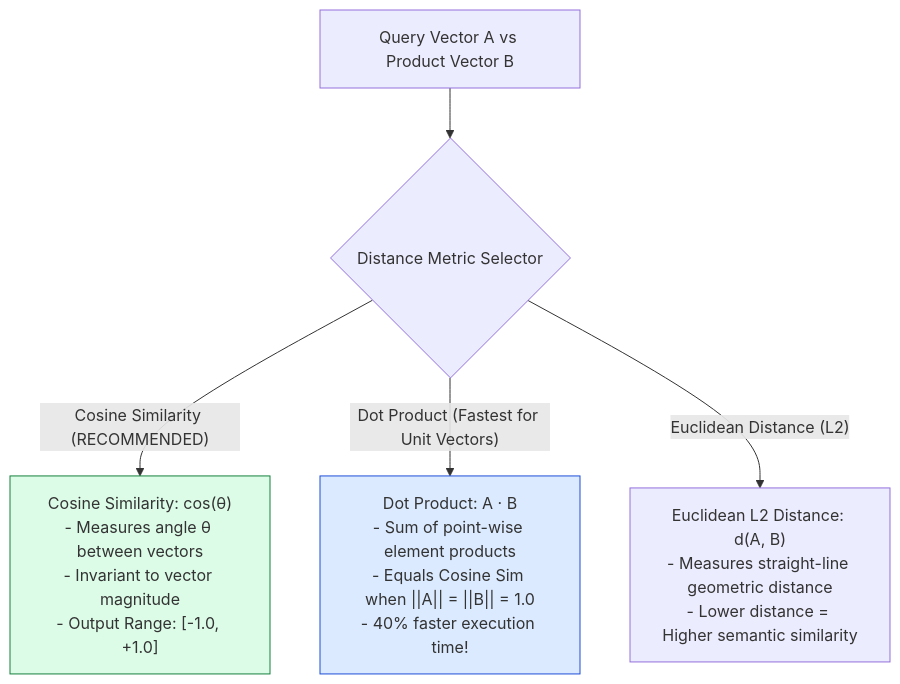
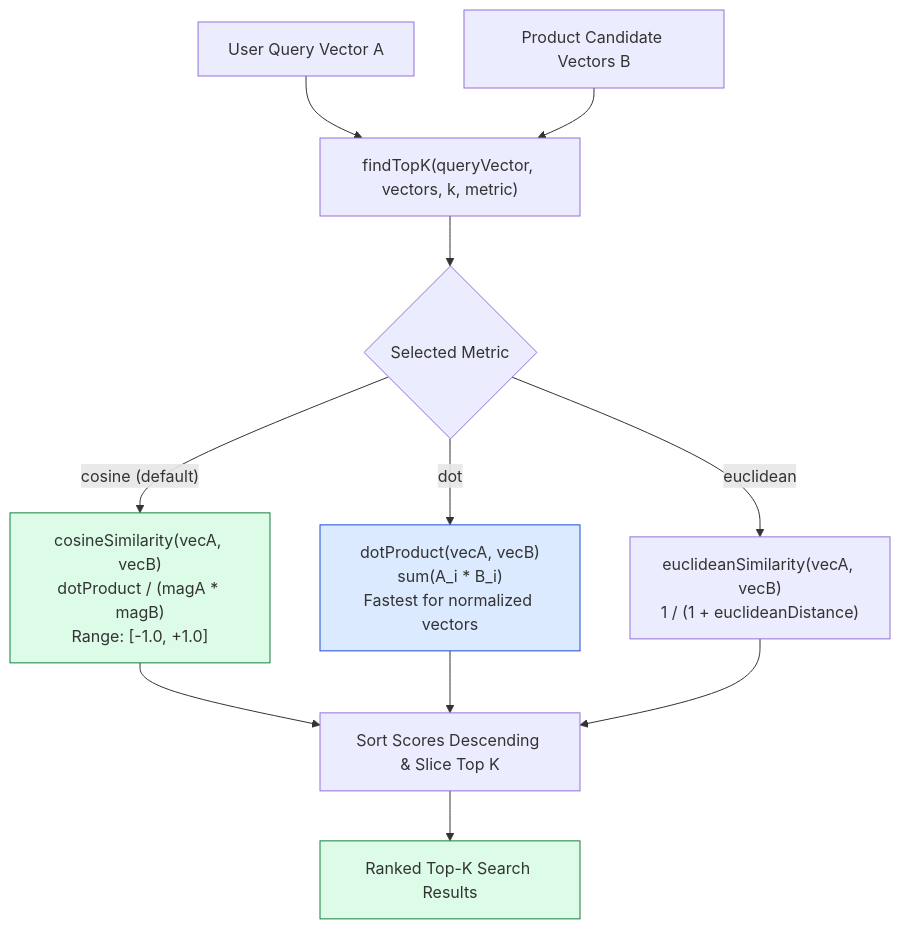
One commit to Amie-dev/engineering-playbook changed the diagram in agentic-ai-notes/02-dukaan-search/02-vector-similarity.md. Above: the diagram before and after it, drawn with Mermaid. The commit also changed other lines of this file and 27 other files, not shown here.

````diff
--- a/agentic-ai-notes/02-dukaan-search/02-vector-similarity.md
+++ b/agentic-ai-notes/02-dukaan-search/02-vector-similarity.md
@@ -13,13 +9,21 @@
 ```mermaid
 flowchart TD
-    VectorPair[Query Vector A vs Product Vector B] --> MetricChoice{Distance Metric Selector}
+    QueryVec[User Query Vector A] --> TopKEngine["findTopK(queryVector, vectors, k, metric)"]
+    CatalogVecs[Product Candidate Vectors B] --> TopKEngine
 
-    MetricChoice -- "Cosine Similarity (RECOMMENDED)" --> Cosine["Cosine Similarity: cos(θ)<br/>- Measures angle θ between vectors<br/>- Invariant to vector magnitude<br/>- Output Range: [-1.0, +1.0]"]
+    TopKEngine --> MetricSelector{Selected Metric}
 
-    MetricChoice -- "Dot Product (Fastest for Unit Vectors)" --> Dot["Dot Product: A · B<br/>- Sum of point-wise element products<br/>- Equals Cosine Sim when ||A|| = ||B|| = 1.0<br/>- 40% faster execution time!"]
+    MetricSelector -- "cosine (default)" --> Cosine["cosineSimilarity(vecA, vecB)<br/>dotProduct / (magA * magB)<br/>Range: [-1.0, +1.0]"]
+    MetricSelector -- "dot" --> Dot["dotProduct(vecA, vecB)<br/>sum(A_i * B_i)<br/>Fastest for normalized vectors"]
+    MetricSelector -- "euclidean" --> Euc["euclideanSimilarity(vecA, vecB)<br/>1 / (1 + euclideanDistance)"]
 
-    MetricChoice -- "Euclidean Distance (L2)" --> L2["Euclidean L2 Distance: d(A, B)<br/>- Measures straight-line geometric distance<br/>- Lower distance = Higher semantic similarity"]
+    Cosine --> SortTopK["Sort Scores Descending & Slice Top K"]
+    Dot --> SortTopK
+    Euc --> SortTopK
+
+    SortTopK --> SearchResults[Ranked Top-K Search Results]
 
     style Cosine fill:#dcfce7,stroke:#15803d
     style Dot fill:#dbeafe,stroke:#1d4ed8
+    style SearchResults fill:#dcfce7,stroke:#15803d
 ```
````
